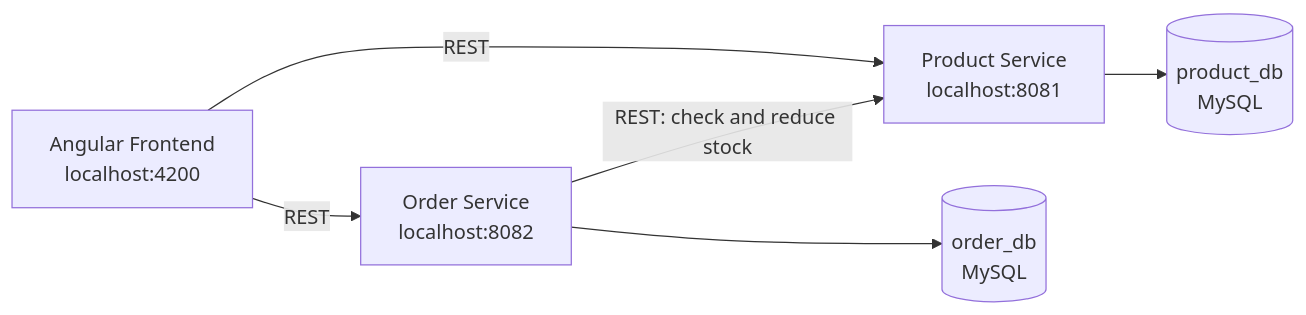
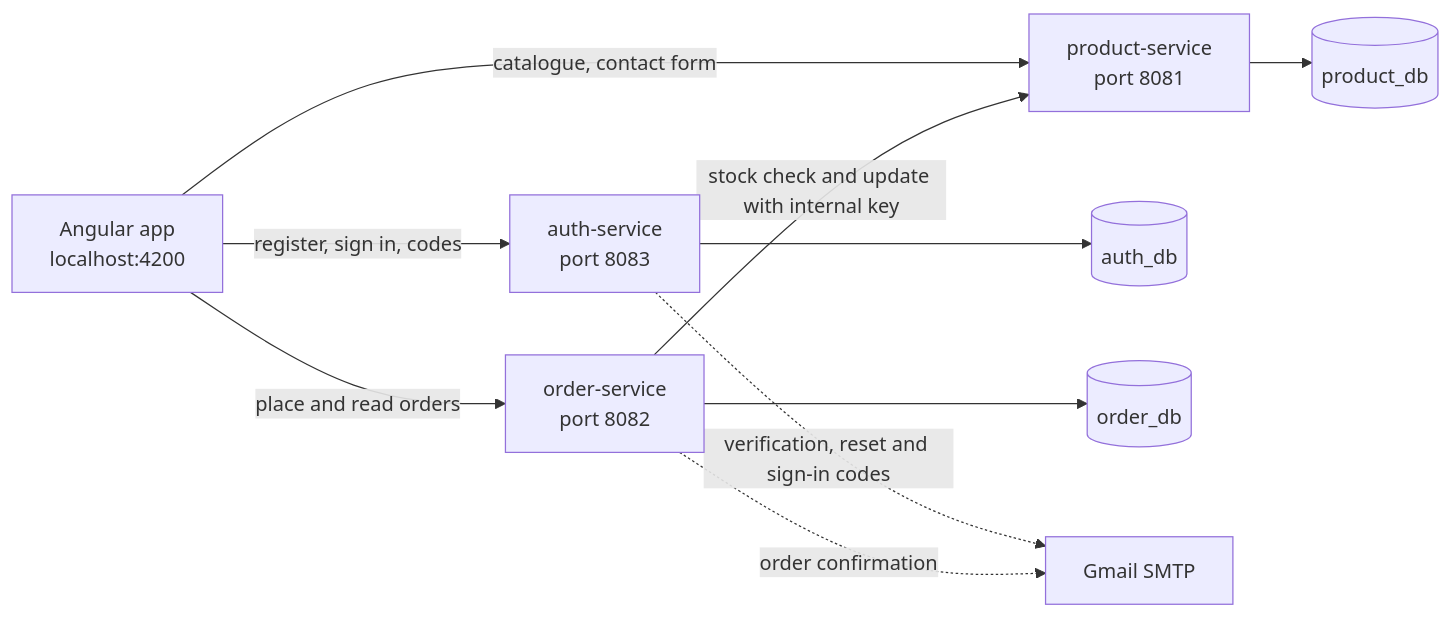
One commit to PrasadK8669/shopeasy changed the diagram in README.md. Above: the diagram before and after it, drawn with Mermaid. The commit also changed other lines of this file and 13 other files, not shown here.

````diff
--- a/README.md
+++ b/README.md
@@ -57,14 +70,21 @@
 ```mermaid
 flowchart LR
-    UI["Angular Frontend<br/>localhost:4200"]
-    PS["Product Service<br/>localhost:8081"]
-    OS["Order Service<br/>localhost:8082"]
-    PDB[("product_db<br/>MySQL")]
-    ODB[("order_db<br/>MySQL")]
+    UI["Angular app<br/>localhost:4200"]
+    AUTH["auth-service<br/>port 8083"]
+    PROD["product-service<br/>port 8081"]
+    ORD["order-service<br/>port 8082"]
+    ADB[("auth_db")]
+    PDB[("product_db")]
+    ODB[("order_db")]
+    MAIL["Gmail SMTP"]
 
-    UI -->|REST| PS
-    UI -->|REST| OS
-    OS -->|"REST: check and reduce stock"| PS
-    PS --> PDB
-    OS --> ODB
+    UI -->|"register, sign in, codes"| AUTH
+    UI -->|"catalogue, contact form"| PROD
+    UI -->|"place and read orders"| ORD
+    ORD -->|"stock check and update with internal key"| PROD
+    AUTH --> ADB
+    PROD --> PDB
+    ORD --> ODB
+    AUTH -.->|"verification, reset and sign-in codes"| MAIL
+    ORD -.->|"order confirmation"| MAIL
 ```
````
